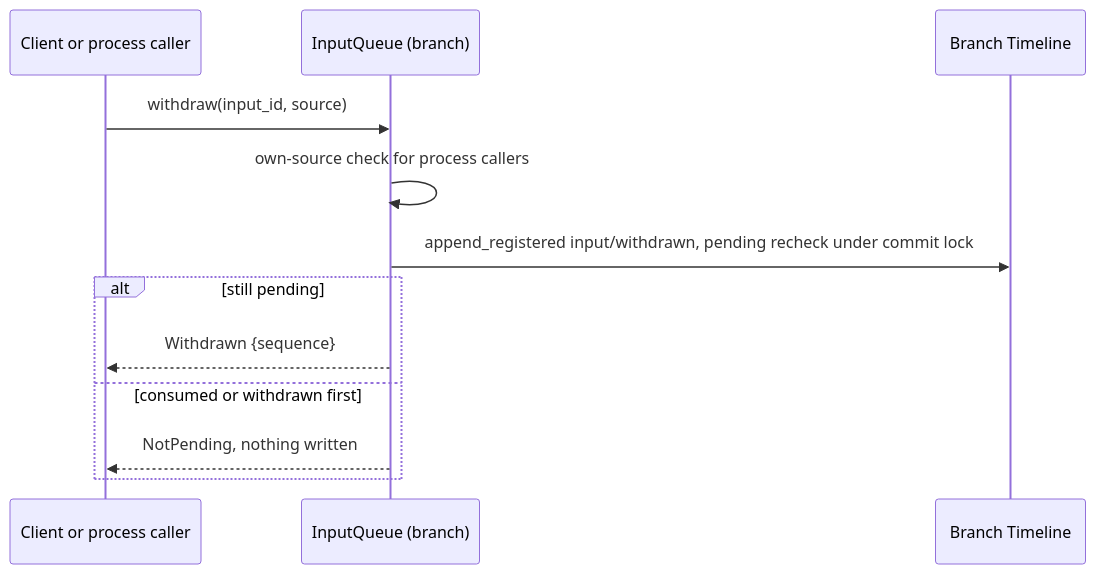
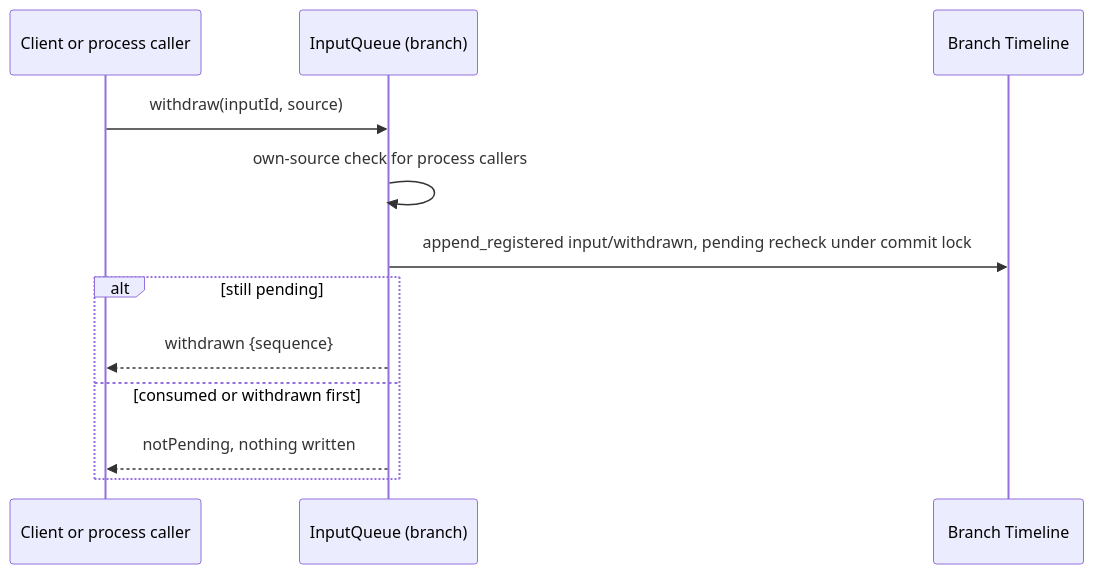
The third of 3 diagrams in docs/design/contracts/session-access.md (CoutinhoTTS/dim-agent), drawn with Mermaid before and after one commit. The commit also changed other lines of this file and 3 other files, not shown here.

````diff
--- a/docs/design/contracts/session-access.md
+++ b/docs/design/contracts/session-access.md
@@ -99,14 +101,14 @@
 ```mermaid
 sequenceDiagram
   participant C as Client or process caller
   participant IQ as InputQueue (branch)
   participant TL as Branch Timeline
-  C->>IQ: withdraw(input_id, source)
+  C->>IQ: withdraw(inputId, source)
   IQ->>IQ: own-source check for process callers
   IQ->>TL: append_registered input/withdrawn, pending recheck under commit lock
   alt still pending
-    IQ-->>C: Withdrawn {sequence}
+    IQ-->>C: withdrawn {sequence}
   else consumed or withdrawn first
-    IQ-->>C: NotPending, nothing written
+    IQ-->>C: notPending, nothing written
   end
 ```
````
